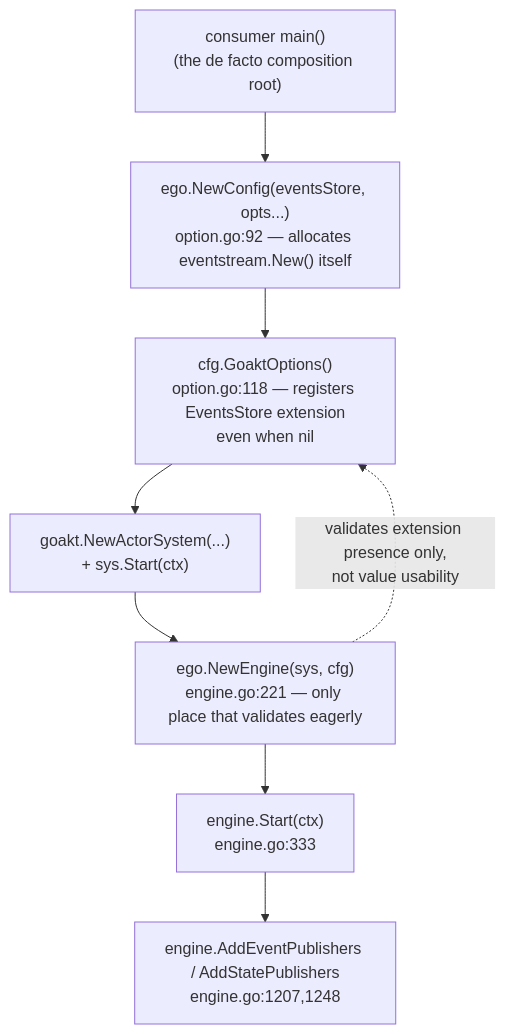
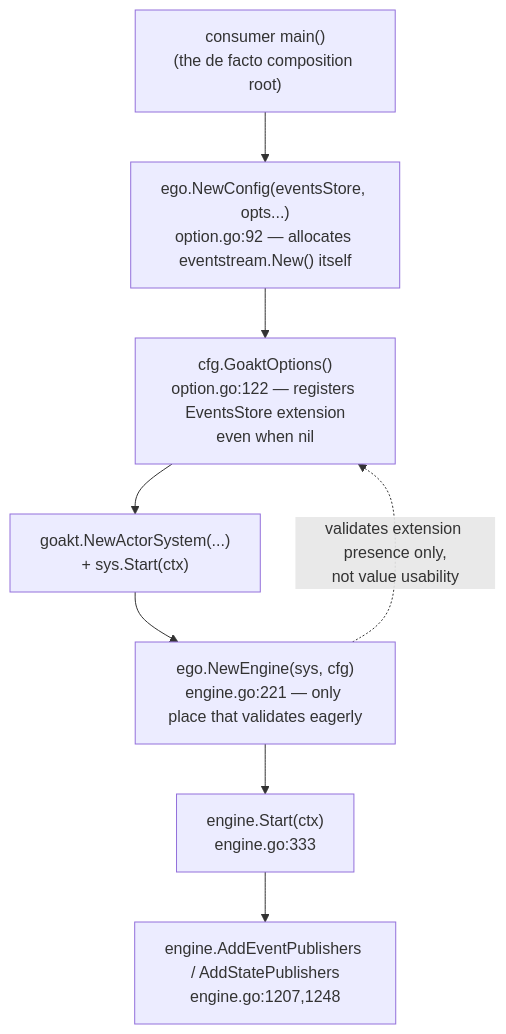
The first of 2 diagrams in openspec/changes/ego-arch-003/design.md (getsyntegrity/ego), drawn with Mermaid before and after one commit. The commit also changed other lines of this file and 1 other file, not shown here.

````diff
--- a/openspec/changes/ego-arch-003/design.md
+++ b/openspec/changes/ego-arch-003/design.md
@@ -45,13 +45,13 @@
 ```mermaid
 flowchart TB
   main["consumer main()<br/>(the de facto composition root)"]
   cfg["ego.NewConfig(eventsStore, opts...)<br/>option.go:92 — allocates eventstream.New() itself"]
-  goopts["cfg.GoaktOptions()<br/>option.go:118 — registers EventsStore extension<br/>even when nil"]
+  goopts["cfg.GoaktOptions()<br/>option.go:122 — registers EventsStore extension<br/>even when nil"]
   sys["goakt.NewActorSystem(...)<br/>+ sys.Start(ctx)"]
   eng["ego.NewEngine(sys, cfg)<br/>engine.go:221 — only place that validates eagerly"]
   start["engine.Start(ctx)<br/>engine.go:333"]
   pubs["engine.AddEventPublishers / AddStatePublishers<br/>engine.go:1207,1248"]
 
   main --> cfg --> goopts --> sys --> eng --> start --> pubs
   eng -.->|"validates extension presence only,<br/>not value usability"| goopts
 ```
````
